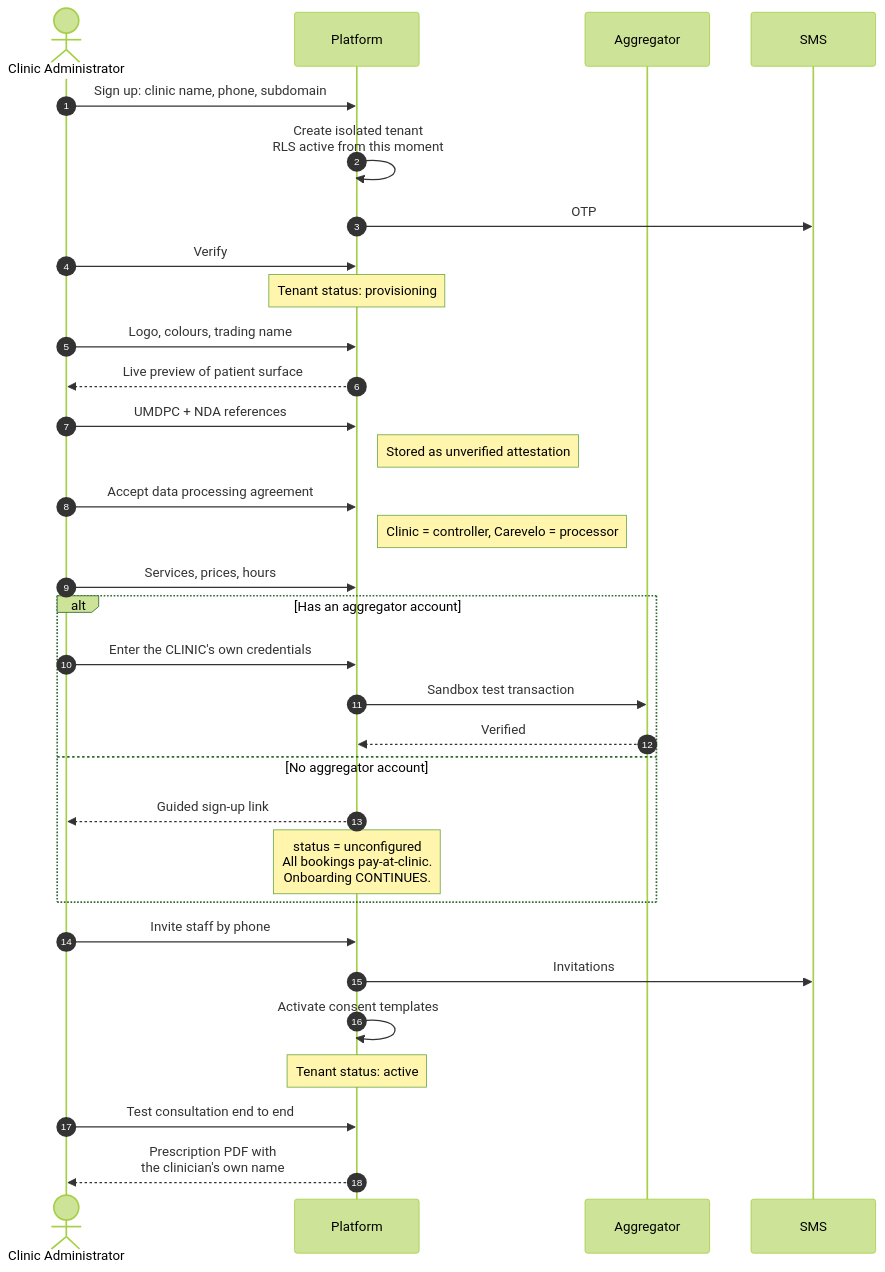
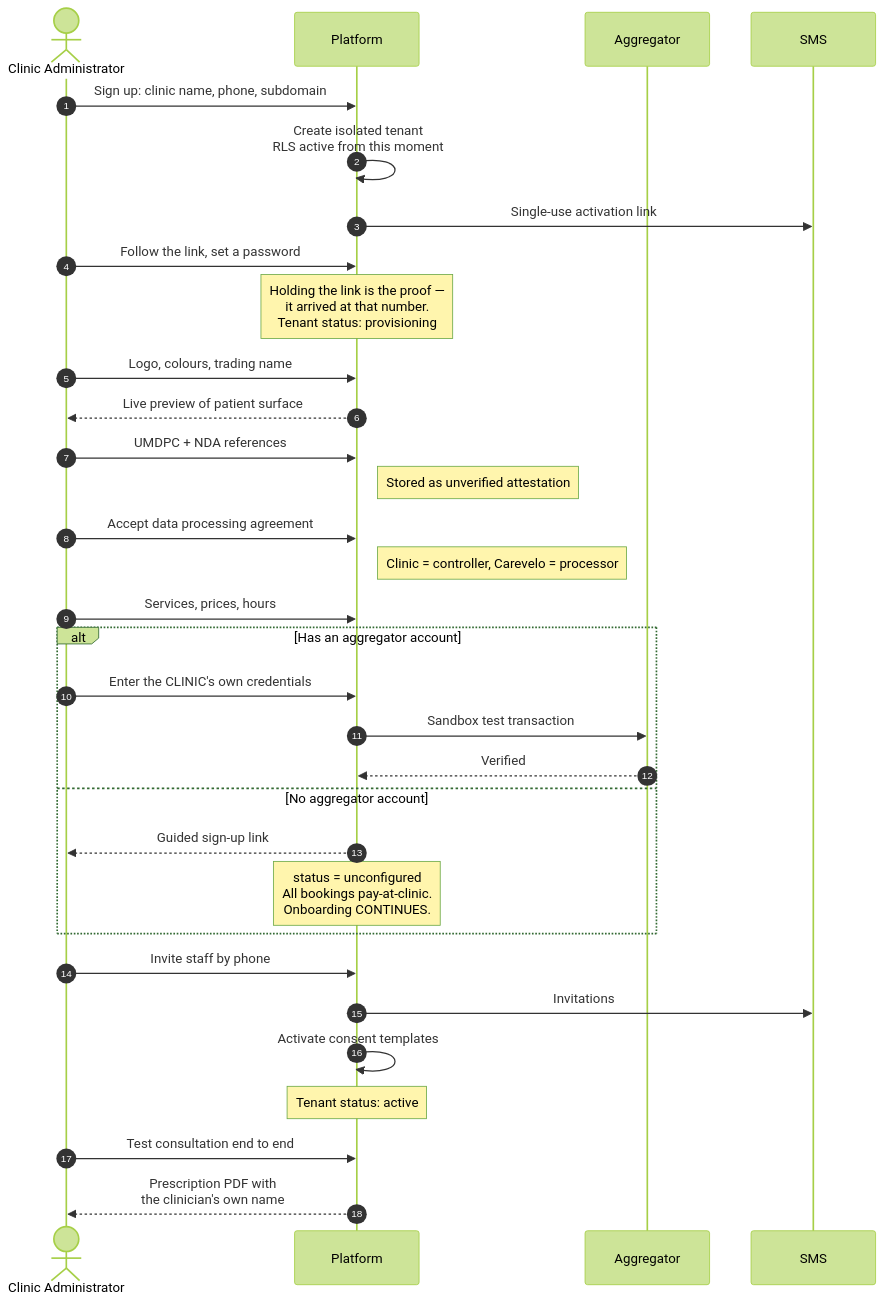
Before and after one commit to BAGOMBEKA-JOB-DEV/carevelo: the diagram in docs/10-product/prd-h1-clinic-onboarding.md, drawn with Mermaid (forest theme). The commit also changed other lines of this file and 112 other files, not shown here.

````diff
--- a/docs/10-product/prd-h1-clinic-onboarding.md
+++ b/docs/10-product/prd-h1-clinic-onboarding.md
@@ -36,39 +36,39 @@
 ```mermaid
 sequenceDiagram
     autonumber
     actor A as Clinic Administrator
     participant P as Platform
     participant AG as Aggregator
     participant S as SMS
 
     A->>P: Sign up: clinic name, phone, subdomain
     P->>P: Create isolated tenant<br/>RLS active from this moment
-    P->>S: OTP
-    A->>P: Verify
-    Note over P: Tenant status: provisioning
+    P->>S: Single-use activation link
+    A->>P: Follow the link, set a password
+    Note over P: Holding the link is the proof —<br/>it arrived at that number.<br/>Tenant status: provisioning
 
     A->>P: Logo, colours, trading name
     P-->>A: Live preview of patient surface
     A->>P: UMDPC + NDA references
     Note right of P: Stored as unverified attestation
     A->>P: Accept data processing agreement
     Note right of P: Clinic = controller, Carevelo = processor
 
     A->>P: Services, prices, hours
 
     alt Has an aggregator account
         A->>P: Enter the CLINIC's own credentials
         P->>AG: Sandbox test transaction
         AG-->>P: Verified
     else No aggregator account
         P-->>A: Guided sign-up link
         Note over P: status = unconfigured<br/>All bookings pay-at-clinic.<br/>Onboarding CONTINUES.
     end
 
     A->>P: Invite staff by phone
     P->>S: Invitations
     P->>P: Activate consent templates
     Note over P: Tenant status: active
     A->>P: Test consultation end to end
     P-->>A: Prescription PDF with<br/>the clinician's own name
 ```
````
